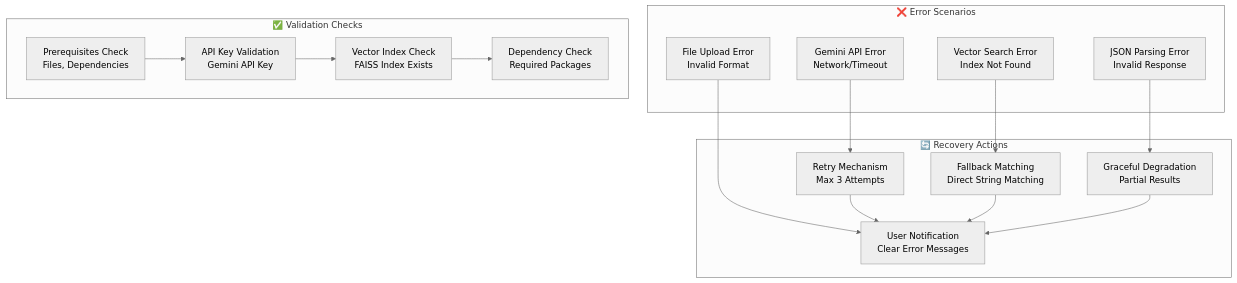
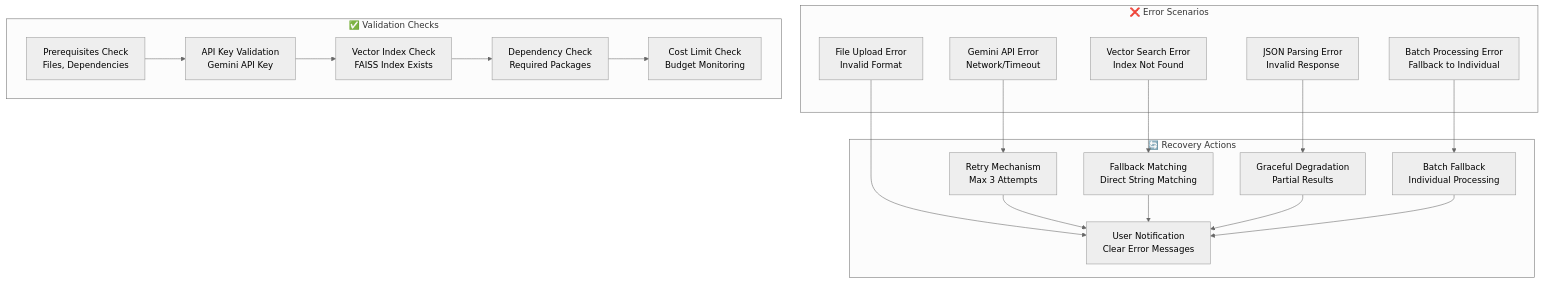
One commit to adarshhegde/ai-prefill-service changed the ninth of 11 diagrams in architecture_diagram.md. Above: the diagram before and after it, drawn with Mermaid (neutral theme). The commit also changed other lines of this file and 1 other file, not shown here.

Commit message:
updated readme and diagram

````diff
--- a/architecture_diagram.md
+++ b/architecture_diagram.md
@@ -294,36 +426,42 @@
 ```mermaid
 graph TB
     subgraph "❌ Error Scenarios"
         API_ERROR[Gemini API Error<br/>Network/Timeout]
         VECTOR_ERROR[Vector Search Error<br/>Index Not Found]
         JSON_ERROR[JSON Parsing Error<br/>Invalid Response]
         FILE_ERROR[File Upload Error<br/>Invalid Format]
+        BATCH_ERROR[Batch Processing Error<br/>Fallback to Individual]
     end
 
     subgraph "✅ Validation Checks"
         PREREQ_CHECK[Prerequisites Check<br/>Files, Dependencies]
         API_KEY_CHECK[API Key Validation<br/>Gemini API Key]
         VECTOR_CHECK[Vector Index Check<br/>FAISS Index Exists]
         DEPENDENCY_CHECK[Dependency Check<br/>Required Packages]
+        COST_LIMIT_CHECK[Cost Limit Check<br/>Budget Monitoring]
     end
 
     subgraph "🔄 Recovery Actions"
         RETRY_MECHANISM[Retry Mechanism<br/>Max 3 Attempts]
         FALLBACK_MATCHING[Fallback Matching<br/>Direct String Matching]
         GRACEFUL_DEGRADATION[Graceful Degradation<br/>Partial Results]
         USER_NOTIFICATION[User Notification<br/>Clear Error Messages]
+        BATCH_FALLBACK[Batch Fallback<br/>Individual Processing]
     end
 
     API_ERROR --> RETRY_MECHANISM
     VECTOR_ERROR --> FALLBACK_MATCHING
     JSON_ERROR --> GRACEFUL_DEGRADATION
     FILE_ERROR --> USER_NOTIFICATION
+    BATCH_ERROR --> BATCH_FALLBACK
     
     PREREQ_CHECK --> API_KEY_CHECK
     API_KEY_CHECK --> VECTOR_CHECK
     VECTOR_CHECK --> DEPENDENCY_CHECK
+    DEPENDENCY_CHECK --> COST_LIMIT_CHECK
     
     RETRY_MECHANISM --> USER_NOTIFICATION
     FALLBACK_MATCHING --> USER_NOTIFICATION
     GRACEFUL_DEGRADATION --> USER_NOTIFICATION
+    BATCH_FALLBACK --> USER_NOTIFICATION
 ```
````
